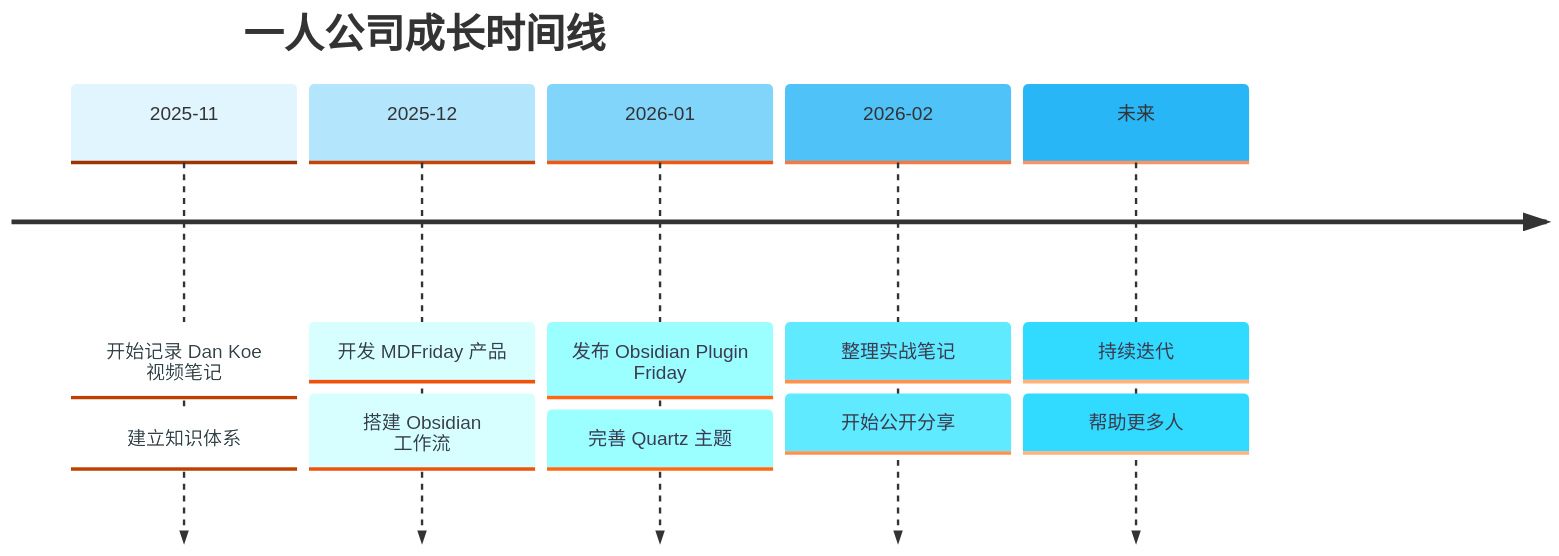
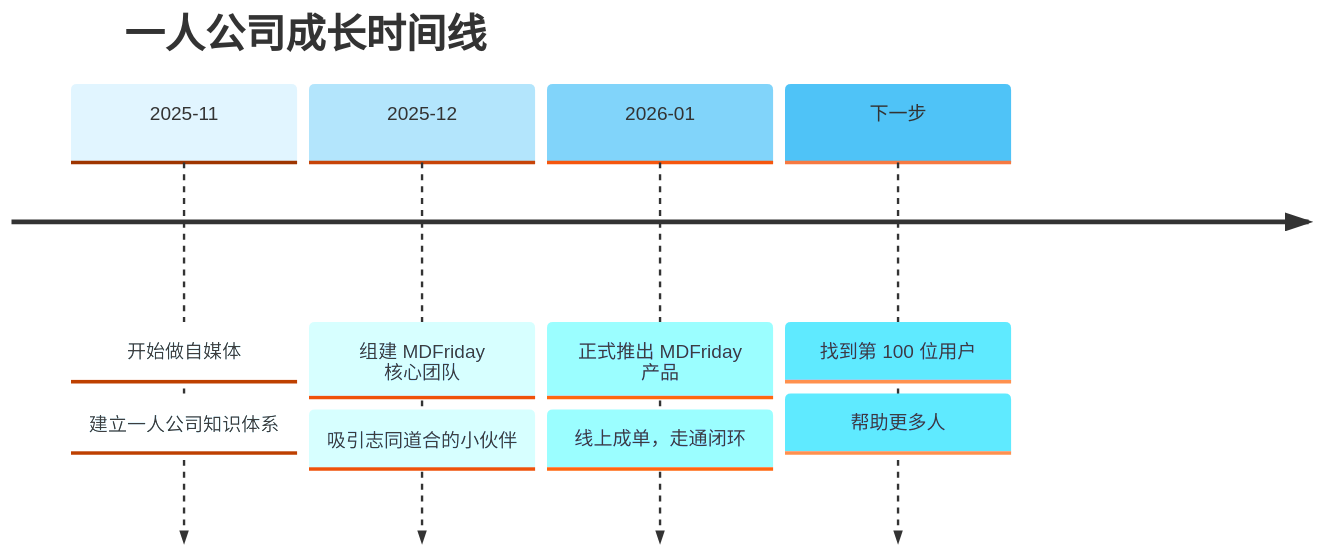
One commit to sunwei/opc changed the second of 2 diagrams in 1.一人公司/index.md. Above: the diagram before and after it, drawn with Mermaid. The commit also changed other lines of this file and 26 other files, not shown here.

````diff
--- a/1.一人公司/index.md
+++ b/1.一人公司/index.md
@@ -120,15 +112,13 @@
 ```mermaid
 %%{init: {'theme':'base', 'themeVariables': { 'cScale0':'#e1f5ff', 'cScale1':'#b3e5fc', 'cScale2':'#81d4fa', 'cScale3':'#4fc3f7', 'cScale4':'#29b6f6'}}}%%
 timeline
     title 一人公司成长时间线
-    2025-11 : 开始记录 Dan Koe 视频笔记
-           : 建立知识体系
-    2025-12 : 开发 MDFriday 产品
-           : 搭建 Obsidian 工作流
-    2026-01 : 发布 Obsidian Plugin Friday
-           : 完善 Quartz 主题
-    2026-02 : 整理实战笔记
-           : 开始公开分享
-    未来   : 持续迭代
+    2025-11 : 开始做自媒体
+           : 建立一人公司知识体系
+    2025-12 : 组建 MDFriday 核心团队
+           : 吸引志同道合的小伙伴
+    2026-01 : 正式推出 MDFriday 产品
+           : 线上成单，走通闭环
+    下一步   : 找到第 100 位用户
            : 帮助更多人
 ```
````
